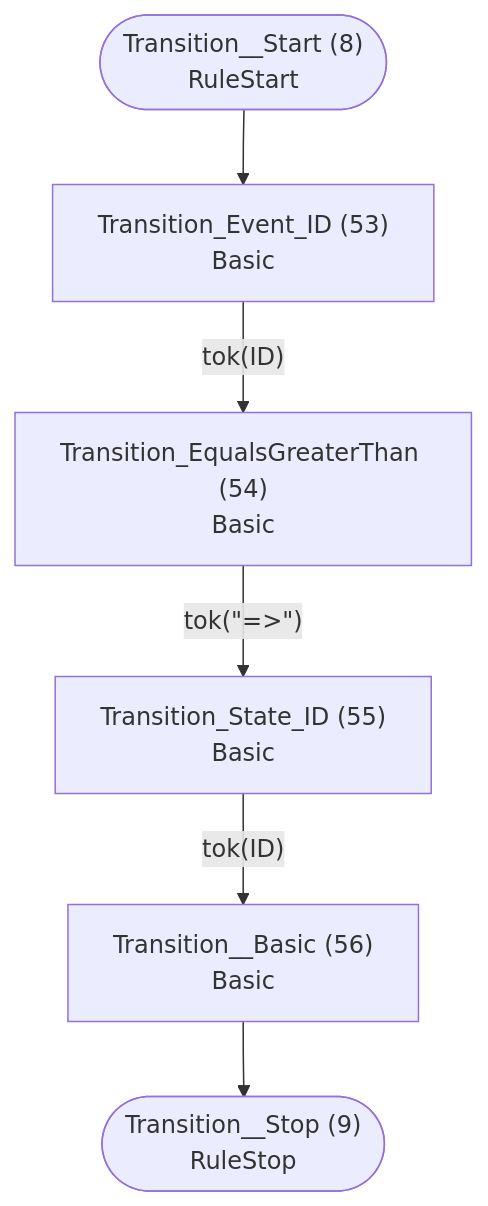
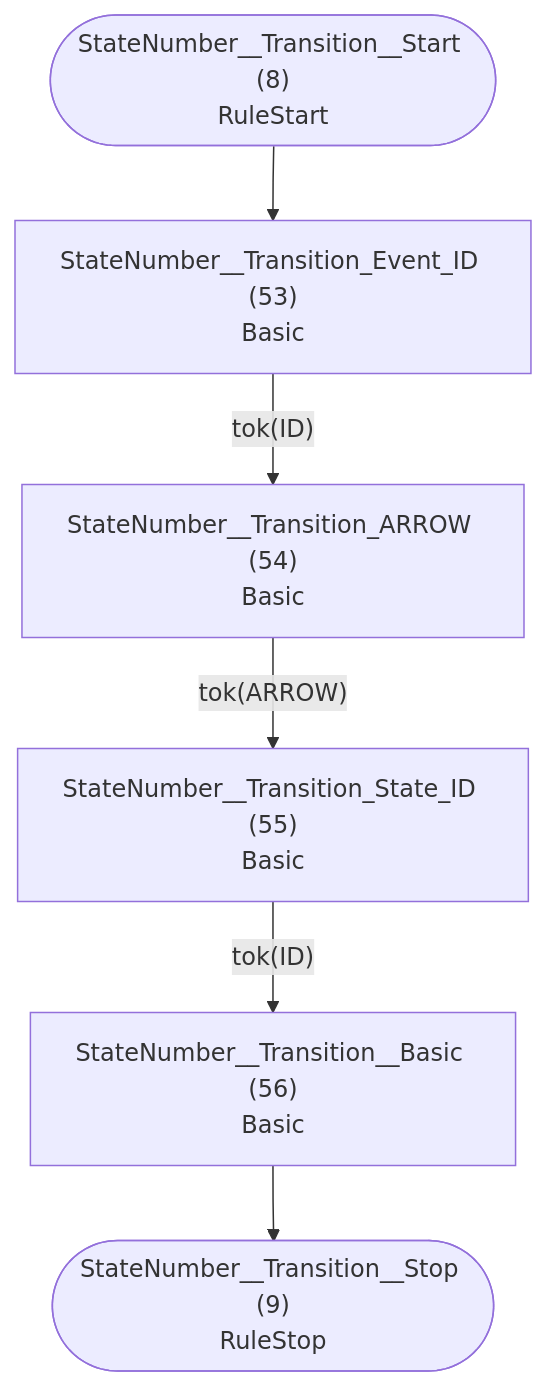
The fifth of 5 diagrams in examples/statemachine/atn.md (TypeFox/fastbelt), drawn with Mermaid before and after one commit. The commit also changed other lines of this file and 12 other files, not shown here.

````diff
--- a/examples/statemachine/atn.md
+++ b/examples/statemachine/atn.md
@@ -139,15 +139,15 @@
 ```mermaid
 flowchart TD
-    q8(["Transition__Start (8)<br/>RuleStart"])
-    q9(["Transition__Stop (9)<br/>RuleStop"])
-    q53["Transition_Event_ID (53)<br/>Basic<br/>"]
-    q54["Transition_EqualsGreaterThan (54)<br/>Basic<br/>"]
-    q55["Transition_State_ID (55)<br/>Basic<br/>"]
-    q56["Transition__Basic (56)<br/>Basic<br/>"]
+    q8(["StateNumber__Transition__Start (8)<br/>RuleStart"])
+    q9(["StateNumber__Transition__Stop (9)<br/>RuleStop"])
+    q53["StateNumber__Transition_Event_ID (53)<br/>Basic<br/>"]
+    q54["StateNumber__Transition_ARROW (54)<br/>Basic<br/>"]
+    q55["StateNumber__Transition_State_ID (55)<br/>Basic<br/>"]
+    q56["StateNumber__Transition__Basic (56)<br/>Basic<br/>"]
 
     q8 --> q53
     q53 -->|"tok(ID)"| q54
-    q54 -->|"tok(&quot;=>&quot;)"| q55
+    q54 -->|"tok(ARROW)"| q55
     q55 -->|"tok(ID)"| q56
     q56 --> q9
 ```
````
